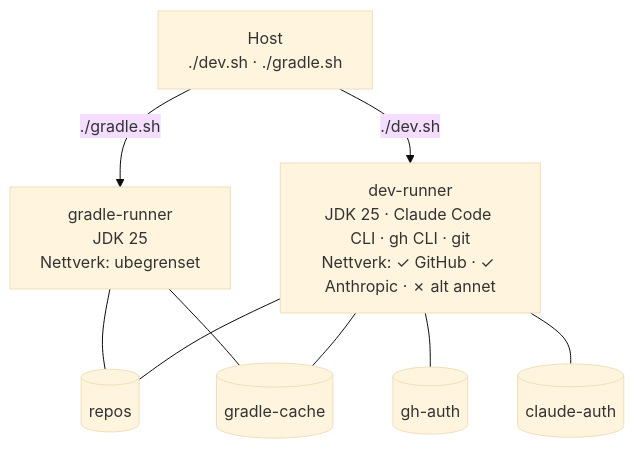
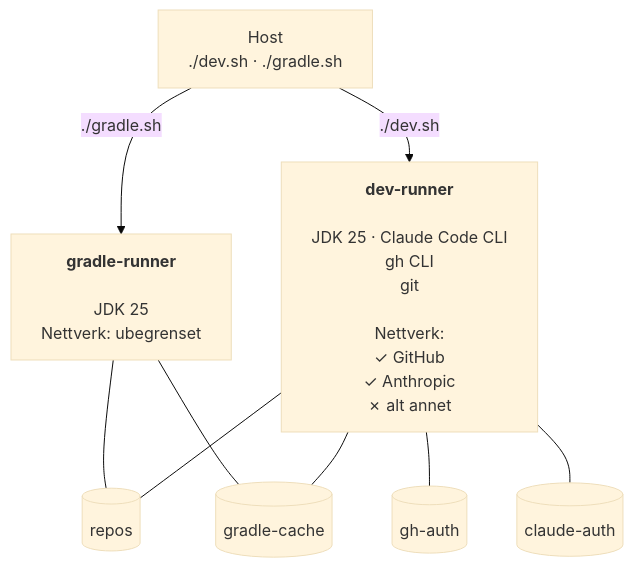
The diagram in alpine25-gradle-claude/README.md (bekk/agentic-ai-tools), drawn with Mermaid (base theme) before and after one commit.

Commit message:
Improve README formatting for dev and gradle sections
Updated the README to enhance formatting for better readability.

````diff
--- a/alpine25-gradle-claude/README.md
+++ b/alpine25-gradle-claude/README.md
@@ -69,14 +69,14 @@
 ```mermaid
 graph TD
     host["Host<br/>./dev.sh · ./gradle.sh"]
 
-    host -->|"./dev.sh"| dev["dev-runner<br/>JDK 25 · Claude Code CLI · gh CLI · git<br/>Nettverk: ✓ GitHub · ✓ Anthropic · ✗ alt annet"]
-    host -->|"./gradle.sh"| gradle["gradle-runner<br/>JDK 25<br/>Nettverk: ubegrenset"]
+    host -->|"./dev.sh"| dev["<b>dev-runner</b><br/><br/>JDK 25 · Claude Code CLI<br/>gh CLI<br/>git<br/><br/>Nettverk:<br/>  ✓ GitHub<br/>  ✓ Anthropic<br/>  ✗ alt annet"]
+    host -->|"./gradle.sh"| gradle["<b>gradle-runner</b><br/><br/>JDK 25<br/>Nettverk: ubegrenset"]
 
     gradle --- repos
     gradle --- gcache
     dev --- repos[("repos")]
     dev --- gcache[("gradle-cache")]
     dev --- ghauth[("gh-auth")]
     dev --- clauth[("claude-auth")]
 ```
````
